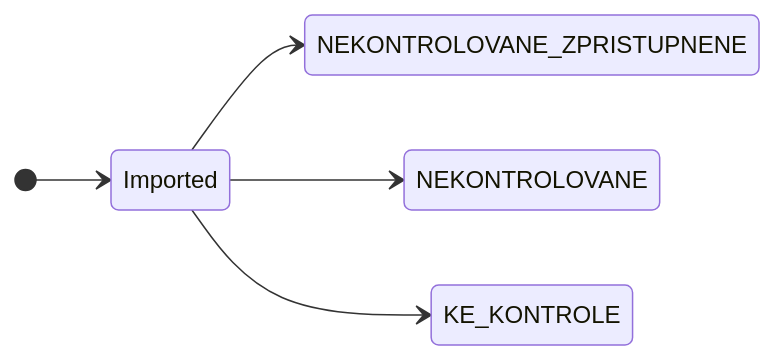
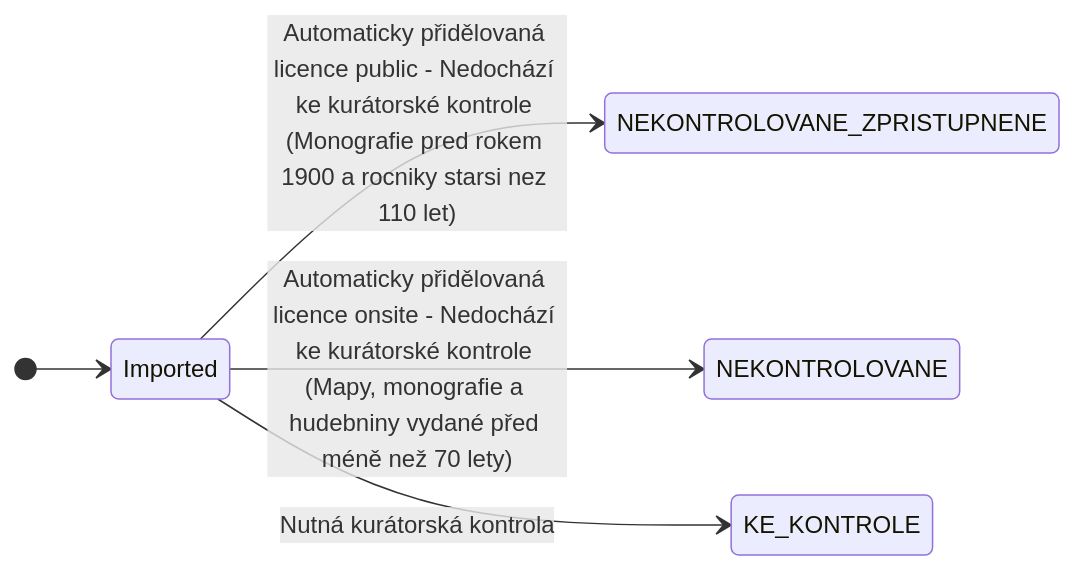
Before and after one commit to ceskaexpedice/kapp: the diagram in README.md, drawn with Mermaid.

````diff
--- a/README.md
+++ b/README.md
@@ -8,26 +8,26 @@
 ```mermaid
 stateDiagram-v2
     direction LR
 
     state Imported <<start>>
     state Konec <<end>>
 
     state NEKONTROLOVANÉ_ZPŘÍSTUPNĚNÉ : Automaticky přidělovaná licence public - Nedochází ke kurátorské kontrole (Monografie pred rokem 1900 a rocniky starsi nez 110 let)
     state NEKONTROLOVANÉ : Automaticky přidělovaná licence onsite - Nedochází ke kurátorské kontrole (Mapy, monografie a hudebniny vydané před méně než 70 lety)
     state KE_KONTROLE : Nutná kurátorská kontrola
 
     state KONTROLOVANÉ_VOLNÉ : Public (Volné AP)
     state KONTROLOVANÉ_NEVEŘEJNÉ : Private (Běží AP, s rozhodným rokem)
     state KONTROLOVANÉ_NEZNÁMÉ : Private (Neznámý stav AP)
     state KONTROLOVANÉ_NEZNÁMÉ_ZPŘÍSTUPNĚNÉ : Public (Neznámé AP, ale zpřístupněno)
     state KONTROLOVANÉ_NEVEŘEJNÉ_LICENCE : Public/Private (Neveřejné, ale s licencí)
     state KONTROLOVANÉ_BEZ_AP : Public (Dílo bez AP)
     state KONTROLOVANÉ_ZNEPŘÍSTUPNĚNÉ : Private (Znepřístupněno)
 
     %% Pocatecni prechody 
     [*] --> Imported
-    Imported --> NEKONTROLOVANE_ZPRISTUPNENE 
-    Imported --> NEKONTROLOVANE 
-    Imported --> KE_KONTROLE 
+    Imported --> NEKONTROLOVANE_ZPRISTUPNENE : Automaticky přidělovaná licence public - Nedochází ke kurátorské kontrole (Monografie pred rokem 1900 a rocniky starsi nez 110 let)
+    Imported --> NEKONTROLOVANE : Automaticky přidělovaná licence onsite - Nedochází ke kurátorské kontrole (Mapy, monografie a hudebniny vydané před méně než 70 lety)
+    Imported --> KE_KONTROLE : Nutná kurátorská kontrola
 
 ```
````
